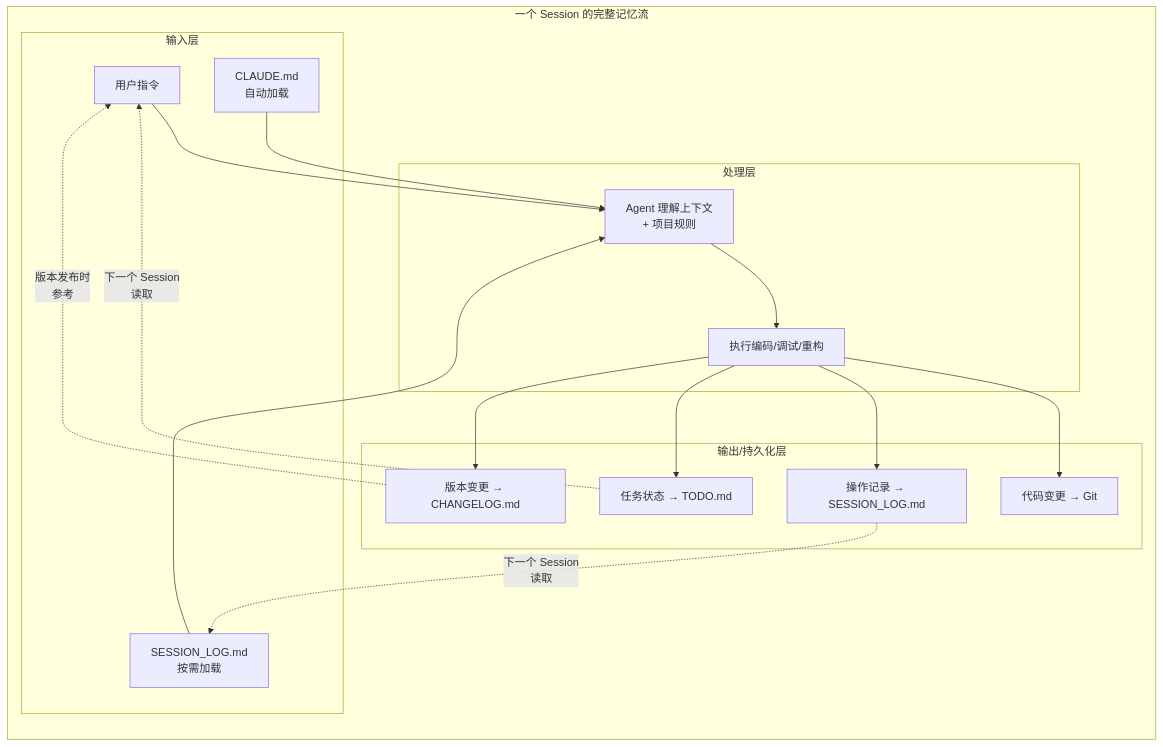
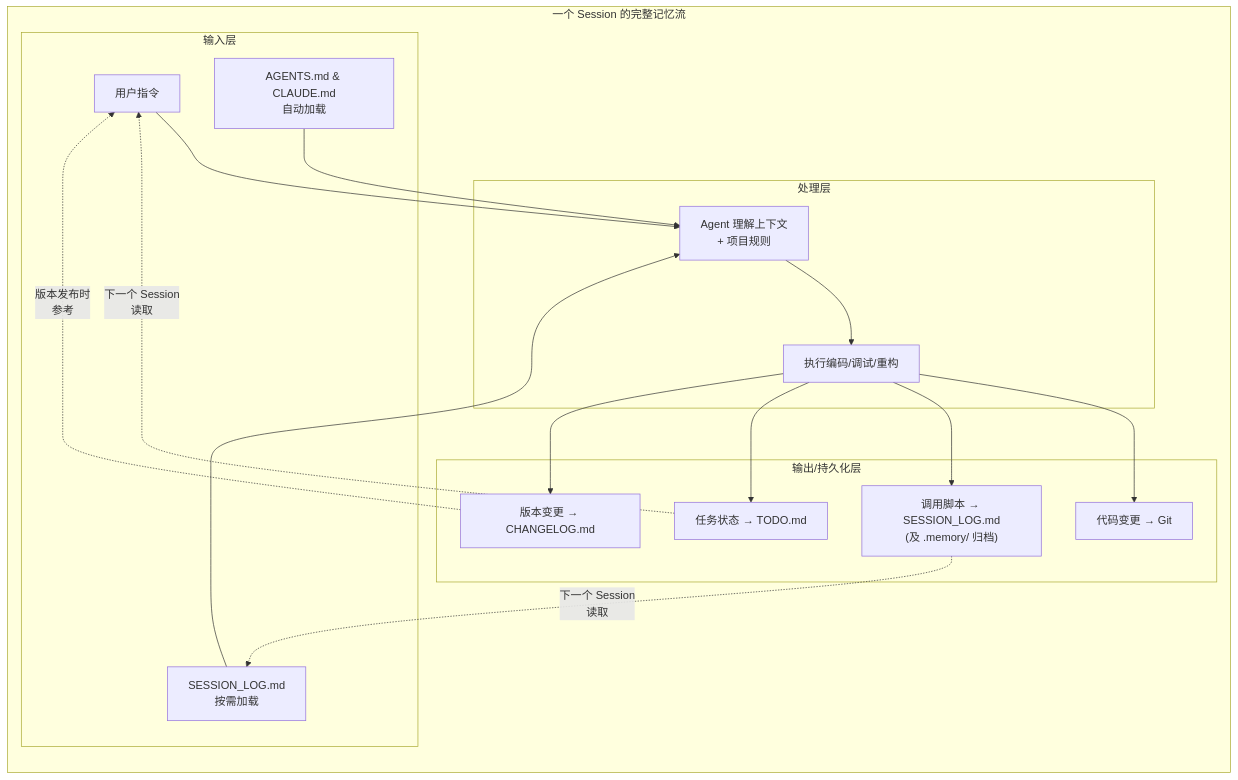
The third of 3 diagrams in README-zh.md (max-doo/build-memory), drawn with Mermaid before and after one commit. The commit also changed other lines of this file and 16 other files, not shown here.

````diff
--- a/README-zh.md
+++ b/README-zh.md
@@ -221,37 +221,37 @@
 ```mermaid
 flowchart LR
     subgraph Session["一个 Session 的完整记忆流"]
         direction TB
 
         subgraph Input["输入层"]
             I1["用户指令"]
-            I2["CLAUDE.md<br/>自动加载"]
+            I2["AGENTS.md & CLAUDE.md<br/>自动加载"]
             I3["SESSION_LOG.md<br/>按需加载"]
         end
 
         subgraph Process["处理层"]
             P1["Agent 理解上下文<br/>+ 项目规则"]
             P2["执行编码/调试/重构"]
         end
 
         subgraph Output["输出/持久化层"]
             O1["代码变更 → Git"]
-            O2["操作记录 → SESSION_LOG.md"]
+            O2["调用脚本 → SESSION_LOG.md<br/>(及 .memory/ 归档)"]
             O3["任务状态 → TODO.md"]
             O4["版本变更 → CHANGELOG.md"]
         end
     end
 
     I1 --> P1
     I2 --> P1
     I3 --> P1
     P1 --> P2
     P2 --> O1
     P2 --> O2
     P2 --> O3
     P2 --> O4
 
     O2 -.-> |"下一个 Session<br/>读取"| I3
     O3 -.-> |"下一个 Session<br/>读取"| I1
     O4 -.-> |"版本发布时<br/>参考"| I1
 ```
````
